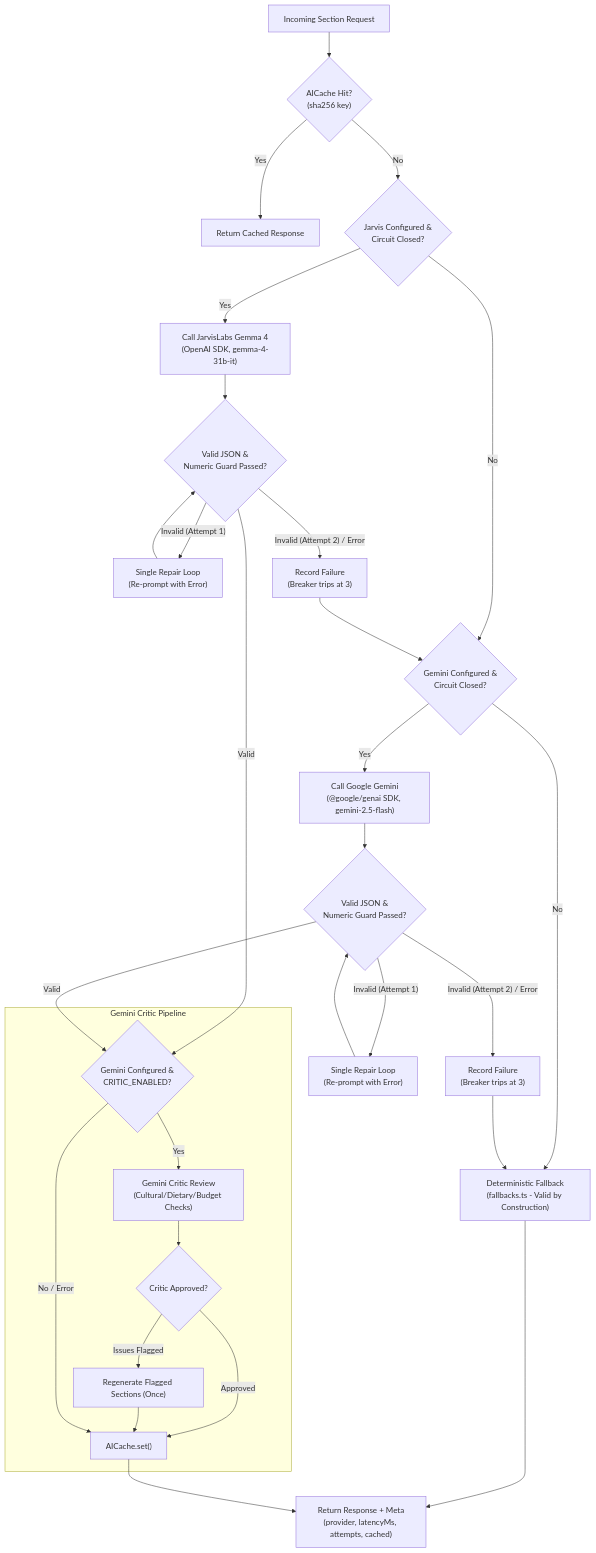
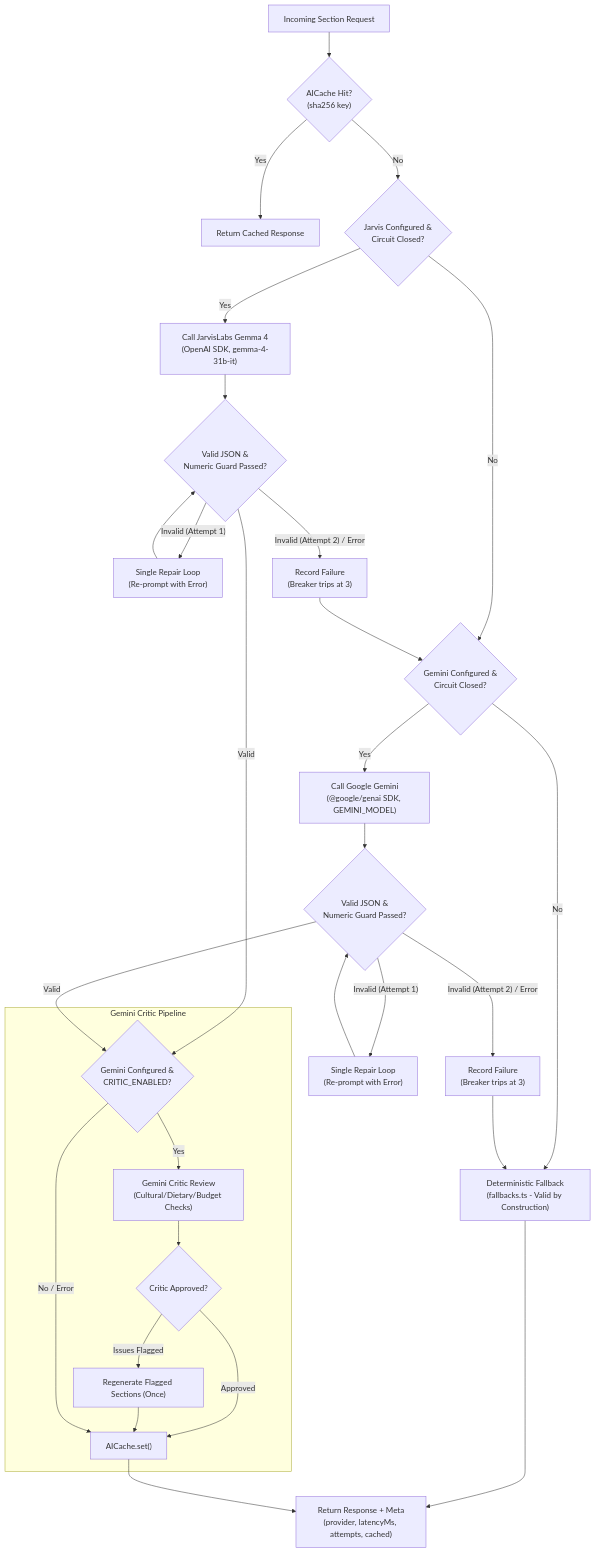
Before and after one commit to CodeCatalyst-07/utsav_planner: the third of 4 diagrams in docs/architecture.md, drawn with Mermaid. The commit also changed other lines of this file and 2 other files, not shown here.

````diff
--- a/docs/architecture.md
+++ b/docs/architecture.md
@@ -121,40 +121,40 @@
 ```mermaid
 flowchart TD
     Req["Incoming Section Request"] --> CacheCheck{"AICache Hit?<br/>(sha256 key)"}
     CacheCheck -- Yes --> ReturnCache["Return Cached Response"]
     CacheCheck -- No --> JarvisCheck{"Jarvis Configured &<br/>Circuit Closed?"}
 
     JarvisCheck -- Yes --> CallJarvis["Call JarvisLabs Gemma 4<br/>(OpenAI SDK, gemma-4-31b-it)"]
     JarvisCheck -- No --> GeminiCheck{"Gemini Configured &<br/>Circuit Closed?"}
 
     CallJarvis --> ValidateJarvis{"Valid JSON &<br/>Numeric Guard Passed?"}
     ValidateJarvis -- Valid --> RunCritic
     ValidateJarvis -- Invalid (Attempt 1) --> RepairJarvis["Single Repair Loop<br/>(Re-prompt with Error)"]
     RepairJarvis --> ValidateJarvis
     ValidateJarvis -- Invalid (Attempt 2) / Error --> OpenJarvis["Record Failure<br/>(Breaker trips at 3)"]
     OpenJarvis --> GeminiCheck
 
-    GeminiCheck -- Yes --> CallGemini["Call Google Gemini<br/>(@google/genai SDK, gemini-2.5-flash)"]
+    GeminiCheck -- Yes --> CallGemini["Call Google Gemini<br/>(@google/genai SDK, GEMINI_MODEL)"]
     GeminiCheck -- No --> Fallback["Deterministic Fallback<br/>(fallbacks.ts - Valid by Construction)"]
 
     CallGemini --> ValidateGemini{"Valid JSON &<br/>Numeric Guard Passed?"}
     ValidateGemini -- Valid --> RunCritic
     ValidateGemini -- Invalid (Attempt 1) --> RepairGemini["Single Repair Loop<br/>(Re-prompt with Error)"]
     RepairGemini --> ValidateGemini
     ValidateGemini -- Invalid (Attempt 2) / Error --> OpenGemini["Record Failure<br/>(Breaker trips at 3)"]
     OpenGemini --> Fallback
 
     Fallback --> ReturnFinal["Return Response + Meta<br/>(provider, latencyMs, attempts, cached)"]
 
     subgraph CriticSub ["Gemini Critic Pipeline"]
         RunCritic{"Gemini Configured &<br/>CRITIC_ENABLED?"}
         RunCritic -- Yes --> CallCritic["Gemini Critic Review<br/>(Cultural/Dietary/Budget Checks)"]
         CallCritic --> CriticVerdict{"Critic Approved?"}
         CriticVerdict -- Approved --> CacheSet["AICache.set()"]
         CriticVerdict -- Issues Flagged --> RegenFlagged["Regenerate Flagged Sections (Once)"]
         RegenFlagged --> CacheSet
         RunCritic -- No / Error --> CacheSet
     end
 
     CacheSet --> ReturnFinal
 ```
````
